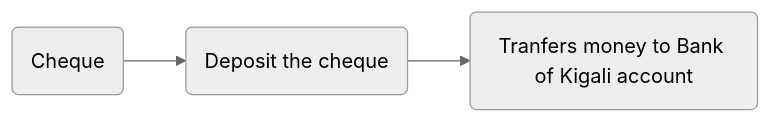
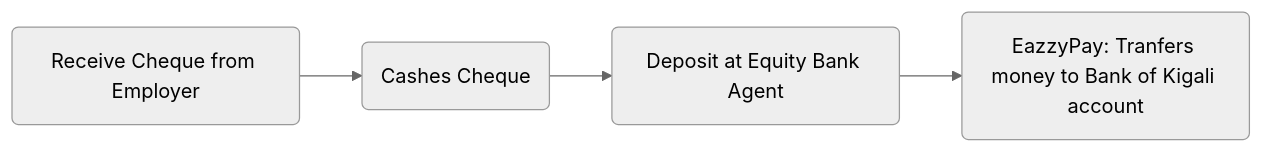
The first of 3 diagrams in _personas/a6b7c.md (peakshift/bed.money), drawn with Mermaid (neutral theme) before and after one commit. The commit also changed other lines of this file, not shown here.

Commit message:
fix(persona/a6b7c): clarify cheque transfers

```diff
--- a/_personas/a6b7c.md
+++ b/_personas/a6b7c.md
@@ -61,4 +61,4 @@
 {% mermaid %}
 graph LR
-  1(Cheque) --> 2(Deposit the cheque) --> 3(Tranfers money to Bank of Kigali account) 
+  1(Receive Cheque from Employer) --> 2(Cashes Cheque) --> 3(Deposit at Equity Bank Agent) --> 4(EazzyPay: Tranfers money to Bank of Kigali account)
 {% endmermaid %}
```
